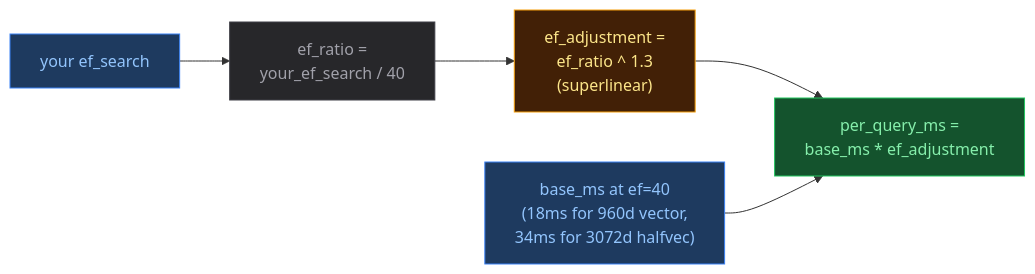
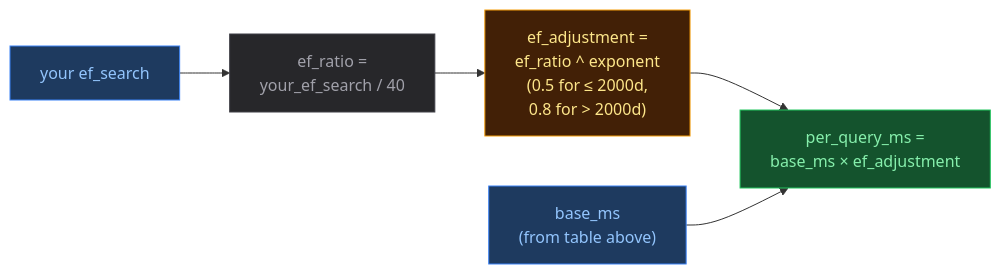
Before and after one commit to dventimisupabase/congenial-umbrella: diagram 13 of 18 in pgvector-field-guide.md, drawn with Mermaid. The commit also changed other lines of this file, not shown here.

````diff
--- a/pgvector-field-guide.md
+++ b/pgvector-field-guide.md
@@ -707,11 +718,11 @@
 ```mermaid
 flowchart LR
-    EF["your ef_search"] --> Div["ef_ratio =\nyour_ef_search / 40"] --> Pow["ef_adjustment =\nef_ratio ^ 1.3\n(superlinear)"] --> Mul["per_query_ms =\nbase_ms * ef_adjustment"]
-    TV["base_ms at ef=40\n(18ms for 960d vector,\n34ms for 3072d halfvec)"] --> Mul
+    EF["your ef_search"] --> Div["ef_ratio =\nyour_ef_search / 40"] --> Pow["ef_adjustment =\nef_ratio ^ exponent\n(0.5 for ≤ 2000d,\n0.8 for > 2000d)"] --> Mul["per_query_ms =\nbase_ms × ef_adjustment"]
+    TV["base_ms\n(from table above)"] --> Mul
 
     style EF fill:#1e3a5f,stroke:#3b82f6,color:#93c5fd
     style TV fill:#1e3a5f,stroke:#3b82f6,color:#93c5fd
     style Pow fill:#422006,stroke:#f59e0b,color:#fde68a
     style Div fill:#27272a,stroke:#3f3f46,color:#a1a1aa
     style Mul fill:#14532d,stroke:#22c55e,color:#86efac
 ```
````
